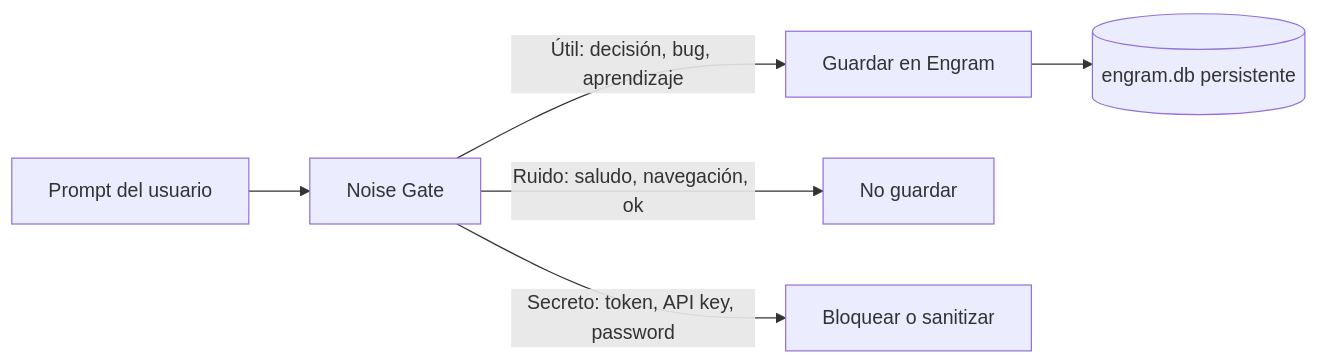
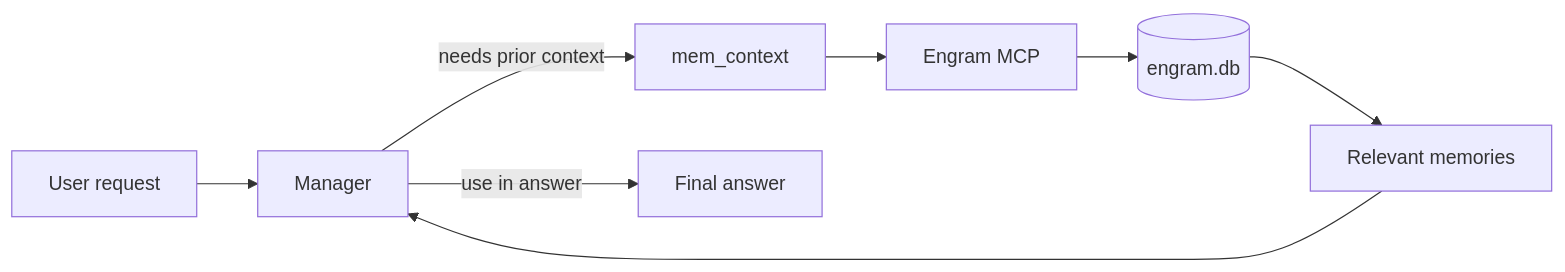
Before and after one commit to harrysxavio/opencode-architecture: the fourth of 9 diagrams in README.md, drawn with Mermaid. The commit also changed other lines of this file and 5 other files, not shown here.

````diff
--- a/README.md
+++ b/README.md
@@ -207,8 +330,10 @@
 ```mermaid
 flowchart LR
-    P[Prompt del usuario] --> NG[Noise Gate]
-    NG -->|Útil: decisión, bug, aprendizaje| SAVE[Guardar en Engram]
-    NG -->|Ruido: saludo, navegación, ok| DROP[No guardar]
-    NG -->|Secreto: token, API key, password| BLOCK[Bloquear o sanitizar]
-    SAVE --> DB[(engram.db persistente)]
+    A[User request] --> M[Manager]
+    M -->|needs prior context| MC[mem_context]
+    MC --> E[Engram MCP]
+    E --> DB[(engram.db)]
+    DB --> R[Relevant memories]
+    R --> M
+    M -->|use in answer| U[Final answer]
 ```
````
